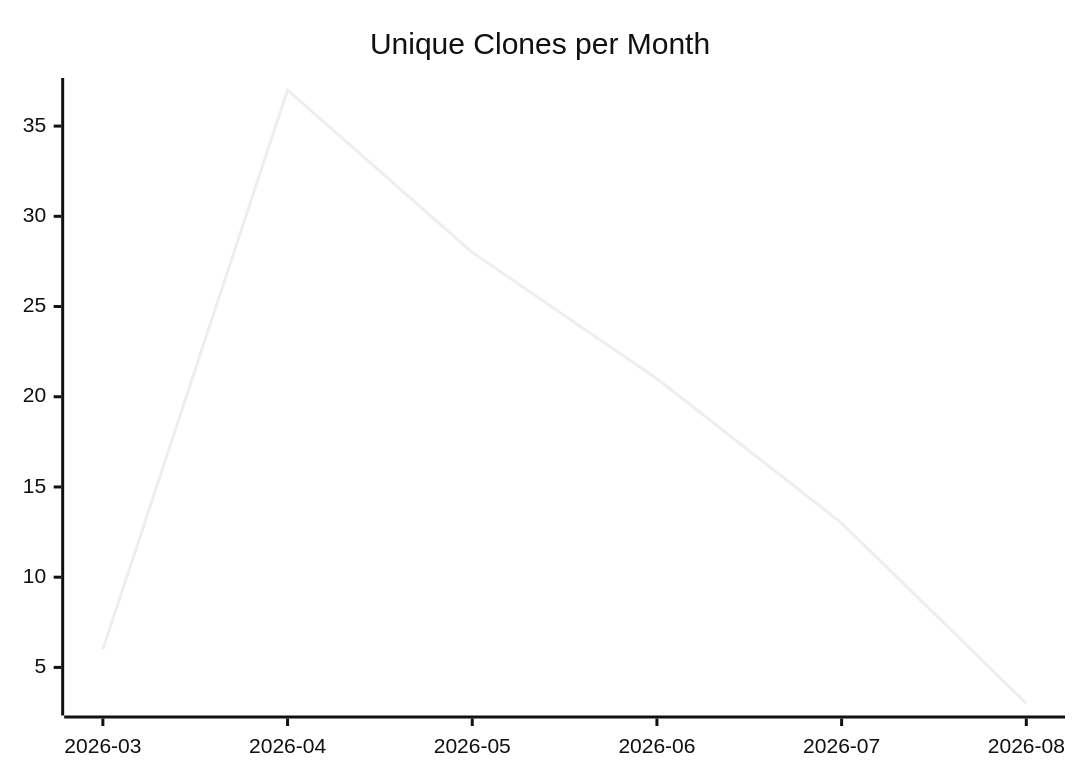
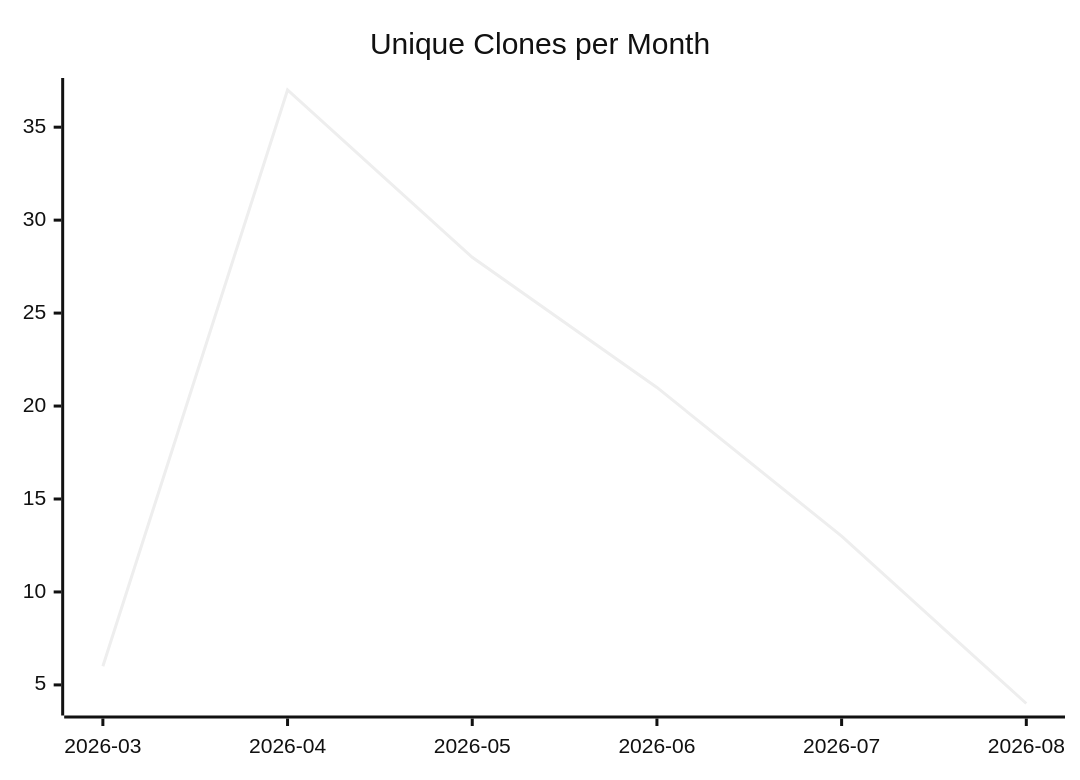
Before and after one commit to justdavis-family/github-analytics-data: the third of 3 diagrams in karlmdavis/ansible-role-jenkins2/README.md, drawn with Mermaid (neutral theme). The commit also changed other lines of this file and 164 other files, not shown here.

````diff
--- a/karlmdavis/ansible-role-jenkins2/README.md
+++ b/karlmdavis/ansible-role-jenkins2/README.md
@@ -19,6 +19,6 @@
 ```mermaid
 xychart-beta
   title "Unique Clones per Month"
   x-axis ["2026-03", "2026-04", "2026-05", "2026-06", "2026-07", "2026-08"]
-  line [6, 37, 28, 21, 13, 3]
+  line [6, 37, 28, 21, 13, 4]
 ```
````
